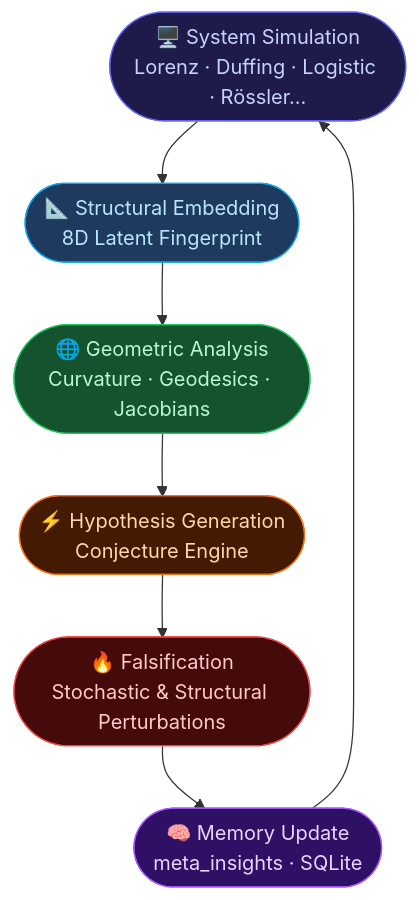
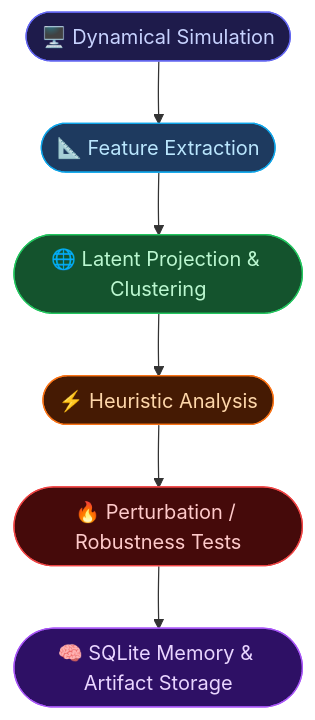
Before and after one commit to lopezalmeidaalvaro/Neurosymbolic-Dynamic-Atlas-A-Closed-Loop-Autonomous-Scientific-Discovery-Platform: the diagram in README.md, drawn with Mermaid. The commit also changed other lines of this file, not shown here.

````diff
--- a/README.md
+++ b/README.md
@@ -51,16 +59,16 @@
 ```mermaid
 flowchart TD
-    A([🖥️ System Simulation\nLorenz · Duffing · Logistic · Rössler...]) --> B
-    B([📐 Structural Embedding\n8D Latent Fingerprint]) --> C
-    C([🌐 Geometric Analysis\nCurvature · Geodesics · Jacobians]) --> D
-    D([⚡ Hypothesis Generation\nConjecture Engine]) --> E
-    E([🔥 Falsification\nStochastic & Structural Perturbations]) --> F
-    F([🧠 Memory Update\nmeta_insights · SQLite]) --> A
+    A([🖥️ Dynamical Simulation]) --> B
+    B([📐 Feature Extraction]) --> C
+    C([🌐 Latent Projection & Clustering]) --> D
+    D([⚡ Heuristic Analysis]) --> E
+    E([🔥 Perturbation / Robustness Tests]) --> F
+    F([🧠 SQLite Memory & Artifact Storage])
 
     style A fill:#1e1b4b,color:#c7d2fe,stroke:#6366f1
     style B fill:#1e3a5f,color:#bae6fd,stroke:#0ea5e9
     style C fill:#14532d,color:#bbf7d0,stroke:#22c55e
     style D fill:#451a03,color:#fed7aa,stroke:#f97316
     style E fill:#450a0a,color:#fecaca,stroke:#ef4444
     style F fill:#2e1065,color:#e9d5ff,stroke:#a855f7
 ```
````
